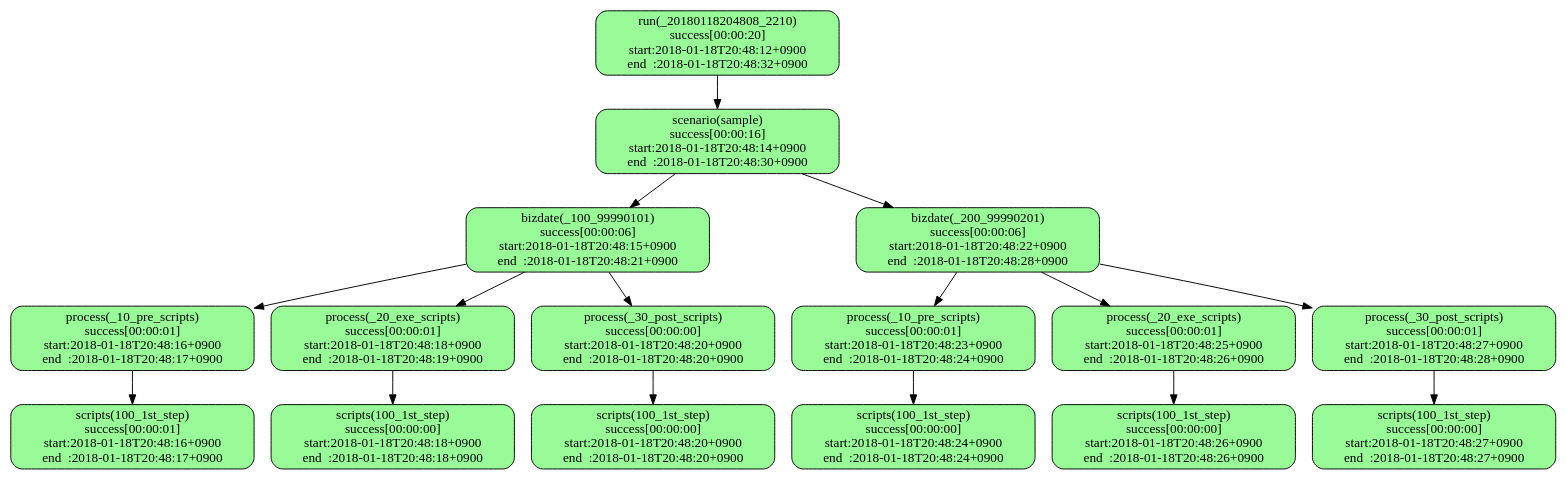
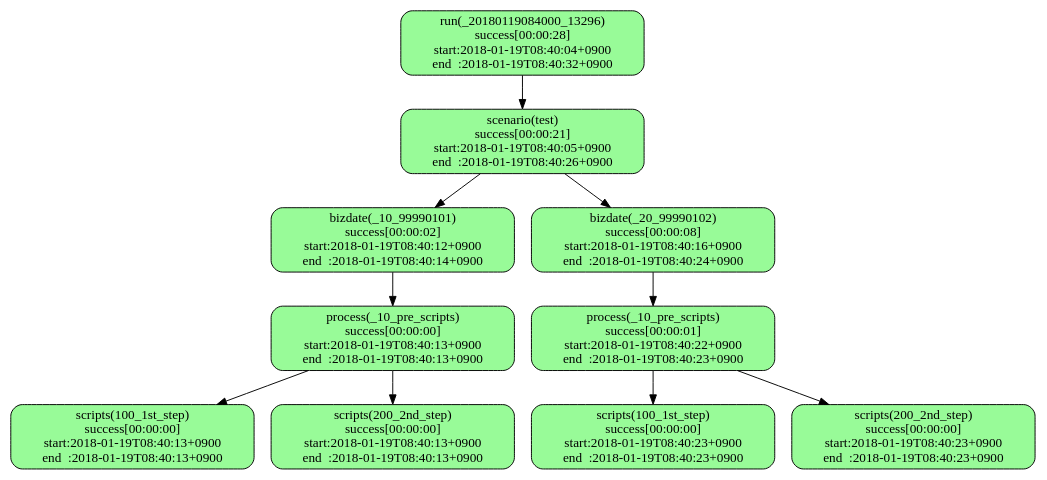
The diagram in sample.dot (tkhr-sait/stfw-result-viewer-rails), drawn with Graphviz before and after one commit. The commit also changed 3 other files, not shown here.

```diff
--- a/sample.dot
+++ b/sample.dot
@@ -1,33 +1,22 @@
 digraph G {
-  x20180118204808x2210xrun[label="run(_20180118204808_2210)\nsuccess[00:00:20]\nstart:2018-01-18T20:48:12+0900\nend  :2018-01-18T20:48:32+0900",shape="box",style="filled,rounded",fillcolor="palegreen"];
-  x20180118204808x2210xrunxsample[label="scenario(sample)\nsuccess[00:00:16]\nstart:2018-01-18T20:48:14+0900\nend  :2018-01-18T20:48:30+0900",shape="box",style="filled,rounded",fillcolor="palegreen"];
-  x20180118204808x2210xrunxsamplexx100x99990101[label="bizdate(_100_99990101)\nsuccess[00:00:06]\nstart:2018-01-18T20:48:15+0900\nend  :2018-01-18T20:48:21+0900",shape="box",style="filled,rounded",fillcolor="palegreen"];
-  x20180118204808x2210xrunxsamplexx100x99990101xx10xprexscripts[label="process(_10_pre_scripts)\nsuccess[00:00:01]\nstart:2018-01-18T20:48:16+0900\nend  :2018-01-18T20:48:17+0900",shape="box",style="filled,rounded",fillcolor="palegreen"];
-  x20180118204808x2210xrunxsamplexx100x99990101xx10xprexscriptsx100x1stxstep[label="scripts(100_1st_step)\nsuccess[00:00:01]\nstart:2018-01-18T20:48:16+0900\nend  :2018-01-18T20:48:17+0900",shape="box",style="filled,rounded",fillcolor="palegreen"];
-  x20180118204808x2210xrunxsamplexx100x99990101xx20xexexscripts[label="process(_20_exe_scripts)\nsuccess[00:00:01]\nstart:2018-01-18T20:48:18+0900\nend  :2018-01-18T20:48:19+0900",shape="box",style="filled,rounded",fillcolor="palegreen"];
-  x20180118204808x2210xrunxsamplexx100x99990101xx20xexexscriptsx100x1stxstep[label="scripts(100_1st_step)\nsuccess[00:00:00]\nstart:2018-01-18T20:48:18+0900\nend  :2018-01-18T20:48:18+0900",shape="box",style="filled,rounded",fillcolor="palegreen"];
-  x20180118204808x2210xrunxsamplexx100x99990101xx30xpostxscripts[label="process(_30_post_scripts)\nsuccess[00:00:00]\nstart:2018-01-18T20:48:20+0900\nend  :2018-01-18T20:48:20+0900",shape="box",style="filled,rounded",fillcolor="palegreen"];
-  x20180118204808x2210xrunxsamplexx100x99990101xx30xpostxscriptsx100x1stxstep[label="scripts(100_1st_step)\nsuccess[00:00:00]\nstart:2018-01-18T20:48:20+0900\nend  :2018-01-18T20:48:20+0900",shape="box",style="filled,rounded",fillcolor="palegreen"];
-  x20180118204808x2210xrunxsamplexx200x99990201[label="bizdate(_200_99990201)\nsuccess[00:00:06]\nstart:2018-01-18T20:48:22+0900\nend  :2018-01-18T20:48:28+0900",shape="box",style="filled,rounded",fillcolor="palegreen"];
-  x20180118204808x2210xrunxsamplexx200x99990201xx10xprexscripts[label="process(_10_pre_scripts)\nsuccess[00:00:01]\nstart:2018-01-18T20:48:23+0900\nend  :2018-01-18T20:48:24+0900",shape="box",style="filled,rounded",fillcolor="palegreen"];
-  x20180118204808x2210xrunxsamplexx200x99990201xx10xprexscriptsx100x1stxstep[label="scripts(100_1st_step)\nsuccess[00:00:00]\nstart:2018-01-18T20:48:24+0900\nend  :2018-01-18T20:48:24+0900",shape="box",style="filled,rounded",fillcolor="palegreen"];
-  x20180118204808x2210xrunxsamplexx200x99990201xx20xexexscripts[label="process(_20_exe_scripts)\nsuccess[00:00:01]\nstart:2018-01-18T20:48:25+0900\nend  :2018-01-18T20:48:26+0900",shape="box",style="filled,rounded",fillcolor="palegreen"];
-  x20180118204808x2210xrunxsamplexx200x99990201xx20xexexscriptsx100x1stxstep[label="scripts(100_1st_step)\nsuccess[00:00:00]\nstart:2018-01-18T20:48:26+0900\nend  :2018-01-18T20:48:26+0900",shape="box",style="filled,rounded",fillcolor="palegreen"];
-  x20180118204808x2210xrunxsamplexx200x99990201xx30xpostxscripts[label="process(_30_post_scripts)\nsuccess[00:00:01]\nstart:2018-01-18T20:48:27+0900\nend  :2018-01-18T20:48:28+0900",shape="box",style="filled,rounded",fillcolor="palegreen"];
-  x20180118204808x2210xrunxsamplexx200x99990201xx30xpostxscriptsx100x1stxstep[label="scripts(100_1st_step)\nsuccess[00:00:00]\nstart:2018-01-18T20:48:27+0900\nend  :2018-01-18T20:48:27+0900",shape="box",style="filled,rounded",fillcolor="palegreen"];
-  x20180118204808x2210xrun -> x20180118204808x2210xrunxsample;
-  x20180118204808x2210xrunxsample -> x20180118204808x2210xrunxsamplexx100x99990101;
-  x20180118204808x2210xrunxsamplexx100x99990101 -> x20180118204808x2210xrunxsamplexx100x99990101xx10xprexscripts;
-  x20180118204808x2210xrunxsamplexx100x99990101xx10xprexscripts -> x20180118204808x2210xrunxsamplexx100x99990101xx10xprexscriptsx100x1stxstep;
-  x20180118204808x2210xrunxsamplexx100x99990101 -> x20180118204808x2210xrunxsamplexx100x99990101xx20xexexscripts;
-  x20180118204808x2210xrunxsamplexx100x99990101xx20xexexscripts -> x20180118204808x2210xrunxsamplexx100x99990101xx20xexexscriptsx100x1stxstep;
-  x20180118204808x2210xrunxsamplexx100x99990101 -> x20180118204808x2210xrunxsamplexx100x99990101xx30xpostxscripts;
-  x20180118204808x2210xrunxsamplexx100x99990101xx30xpostxscripts -> x20180118204808x2210xrunxsamplexx100x99990101xx30xpostxscriptsx100x1stxstep;
-  x20180118204808x2210xrunxsample -> x20180118204808x2210xrunxsamplexx200x99990201;
-  x20180118204808x2210xrunxsamplexx200x99990201 -> x20180118204808x2210xrunxsamplexx200x99990201xx10xprexscripts;
-  x20180118204808x2210xrunxsamplexx200x99990201xx10xprexscripts -> x20180118204808x2210xrunxsamplexx200x99990201xx10xprexscriptsx100x1stxstep;
-  x20180118204808x2210xrunxsamplexx200x99990201 -> x20180118204808x2210xrunxsamplexx200x99990201xx20xexexscripts;
-  x20180118204808x2210xrunxsamplexx200x99990201xx20xexexscripts -> x20180118204808x2210xrunxsamplexx200x99990201xx20xexexscriptsx100x1stxstep;
-  x20180118204808x2210xrunxsamplexx200x99990201 -> x20180118204808x2210xrunxsamplexx200x99990201xx30xpostxscripts;
-  x20180118204808x2210xrunxsamplexx200x99990201xx30xpostxscripts -> x20180118204808x2210xrunxsamplexx200x99990201xx30xpostxscriptsx100x1stxstep;
+  layout="dot";
+  x20180119084000x13296xrun[label="run(_20180119084000_13296)\nsuccess[00:00:28]\nstart:2018-01-19T08:40:04+0900\nend  :2018-01-19T08:40:32+0900",shape="box",style="filled,rounded",fillcolor="palegreen"];
+  x20180119084000x13296xrunxtest[label="scenario(test)\nsuccess[00:00:21]\nstart:2018-01-19T08:40:05+0900\nend  :2018-01-19T08:40:26+0900",shape="box",style="filled,rounded",fillcolor="palegreen"];
+  x20180119084000x13296xrunxtestxx10x99990101[label="bizdate(_10_99990101)\nsuccess[00:00:02]\nstart:2018-01-19T08:40:12+0900\nend  :2018-01-19T08:40:14+0900",shape="box",style="filled,rounded",fillcolor="palegreen"];
+  x20180119084000x13296xrunxtestxx10x99990101xx10xprexscripts[label="process(_10_pre_scripts)\nsuccess[00:00:00]\nstart:2018-01-19T08:40:13+0900\nend  :2018-01-19T08:40:13+0900",shape="box",style="filled,rounded",fillcolor="palegreen"];
+  x20180119084000x13296xrunxtestxx10x99990101xx10xprexscriptsx100x1stxstep[label="scripts(100_1st_step)\nsuccess[00:00:00]\nstart:2018-01-19T08:40:13+0900\nend  :2018-01-19T08:40:13+0900",shape="box",style="filled,rounded",fillcolor="palegreen"];
+  x20180119084000x13296xrunxtestxx10x99990101xx10xprexscriptsx200x2ndxstep[label="scripts(200_2nd_step)\nsuccess[00:00:00]\nstart:2018-01-19T08:40:13+0900\nend  :2018-01-19T08:40:13+0900",shape="box",style="filled,rounded",fillcolor="palegreen"];
+  x20180119084000x13296xrunxtestxx20x99990102[label="bizdate(_20_99990102)\nsuccess[00:00:08]\nstart:2018-01-19T08:40:16+0900\nend  :2018-01-19T08:40:24+0900",shape="box",style="filled,rounded",fillcolor="palegreen"];
+  x20180119084000x13296xrunxtestxx20x99990102xx10xprexscripts[label="process(_10_pre_scripts)\nsuccess[00:00:01]\nstart:2018-01-19T08:40:22+0900\nend  :2018-01-19T08:40:23+0900",shape="box",style="filled,rounded",fillcolor="palegreen"];
+  x20180119084000x13296xrunxtestxx20x99990102xx10xprexscriptsx100x1stxstep[label="scripts(100_1st_step)\nsuccess[00:00:00]\nstart:2018-01-19T08:40:23+0900\nend  :2018-01-19T08:40:23+0900",shape="box",style="filled,rounded",fillcolor="palegreen"];
+  x20180119084000x13296xrunxtestxx20x99990102xx10xprexscriptsx200x2ndxstep[label="scripts(200_2nd_step)\nsuccess[00:00:00]\nstart:2018-01-19T08:40:23+0900\nend  :2018-01-19T08:40:23+0900",shape="box",style="filled,rounded",fillcolor="palegreen"];
+  x20180119084000x13296xrun -> x20180119084000x13296xrunxtest;
+  x20180119084000x13296xrunxtest -> x20180119084000x13296xrunxtestxx10x99990101;
+  x20180119084000x13296xrunxtestxx10x99990101 -> x20180119084000x13296xrunxtestxx10x99990101xx10xprexscripts;
+  x20180119084000x13296xrunxtestxx10x99990101xx10xprexscripts -> x20180119084000x13296xrunxtestxx10x99990101xx10xprexscriptsx100x1stxstep;
+  x20180119084000x13296xrunxtestxx10x99990101xx10xprexscripts -> x20180119084000x13296xrunxtestxx10x99990101xx10xprexscriptsx200x2ndxstep;
+  x20180119084000x13296xrunxtest -> x20180119084000x13296xrunxtestxx20x99990102;
+  x20180119084000x13296xrunxtestxx20x99990102 -> x20180119084000x13296xrunxtestxx20x99990102xx10xprexscripts;
+  x20180119084000x13296xrunxtestxx20x99990102xx10xprexscripts -> x20180119084000x13296xrunxtestxx20x99990102xx10xprexscriptsx100x1stxstep;
+  x20180119084000x13296xrunxtestxx20x99990102xx10xprexscripts -> x20180119084000x13296xrunxtestxx20x99990102xx10xprexscriptsx200x2ndxstep;
 }
```
